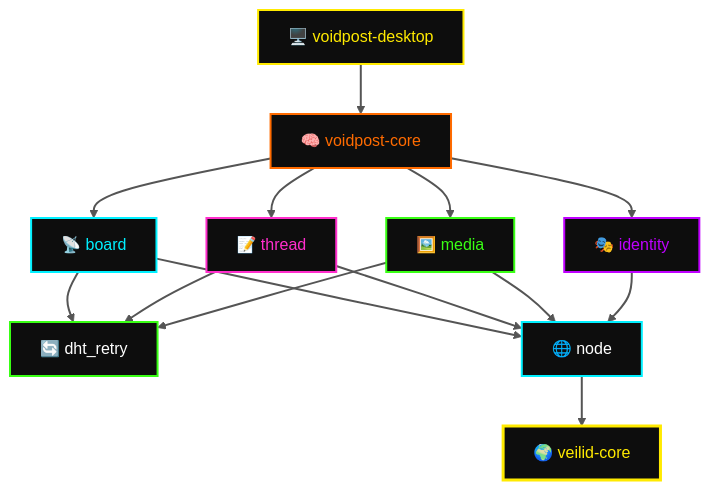
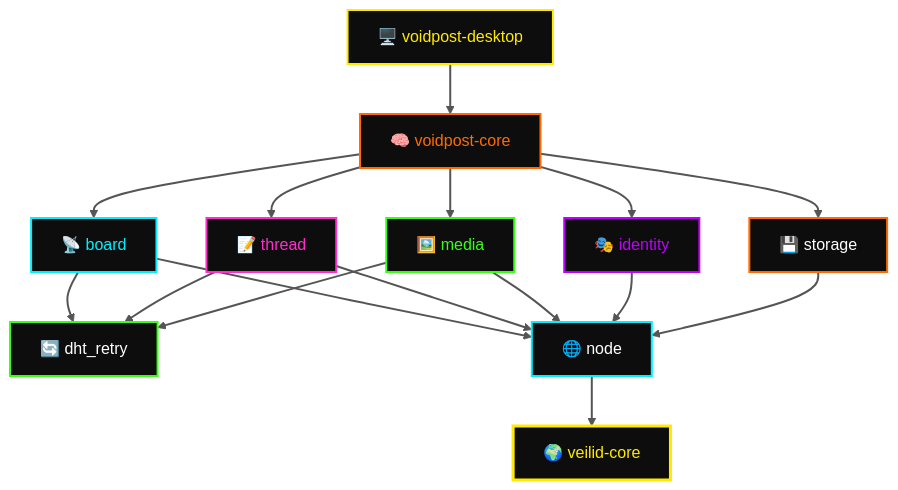
Before and after one commit to forria64/voidpost: the seventh of 7 diagrams in README.md, drawn with Mermaid. The commit also changed other lines of this file, not shown here.

````diff
--- a/README.md
+++ b/README.md
@@ -510,38 +667,42 @@
 ```mermaid
 graph TD
   APP["🖥️ voidpost-desktop"]
   CORE["🧠 voidpost-core"]
   BOARD["📡 board"]
   THREAD["📝 thread"]
   MEDIA["🖼️ media"]
   IDENTITY["🎭 identity"]
   DHT["🔄 dht_retry"]
+  STORAGE["💾 storage"]
   NODE["🌐 node"]
   VEILID["🌍 veilid-core"]
 
   APP --> CORE
   CORE --> BOARD
   CORE --> THREAD
   CORE --> MEDIA
   CORE --> IDENTITY
+  CORE --> STORAGE
   BOARD --> NODE
   BOARD --> DHT
   THREAD --> NODE
   THREAD --> DHT
   MEDIA --> NODE
   MEDIA --> DHT
   IDENTITY --> NODE
+  STORAGE --> NODE
   NODE --> VEILID
 
   style APP fill:#0d0d0d,stroke:#ffea00,stroke-width:2px,color:#ffea00
   style CORE fill:#0d0d0d,stroke:#ff6b00,stroke-width:2px,color:#ff6b00
   style BOARD fill:#0d0d0d,stroke:#00f0ff,stroke-width:2px,color:#00f0ff
   style THREAD fill:#0d0d0d,stroke:#ff2ecc,stroke-width:2px,color:#ff2ecc
   style MEDIA fill:#0d0d0d,stroke:#39ff14,stroke-width:2px,color:#39ff14
   style IDENTITY fill:#0d0d0d,stroke:#bf00ff,stroke-width:2px,color:#bf00ff
   style DHT fill:#0d0d0d,stroke:#39ff14,stroke-width:2px,color:#fff
+  style STORAGE fill:#0d0d0d,stroke:#ff6b00,stroke-width:2px,color:#fff
   style NODE fill:#0d0d0d,stroke:#00f0ff,stroke-width:2px,color:#fff
   style VEILID fill:#0d0d0d,stroke:#ffea00,stroke-width:3px,color:#ffea00
 
   linkStyle default stroke:#555,stroke-width:2px
 ```
````
